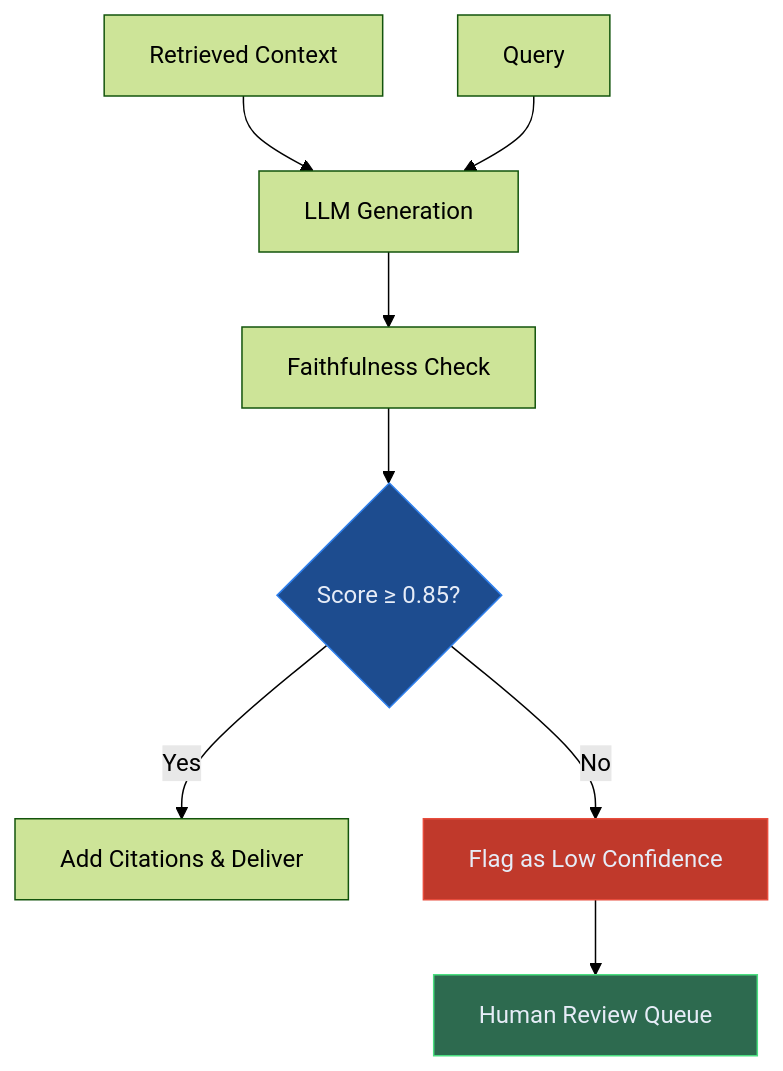
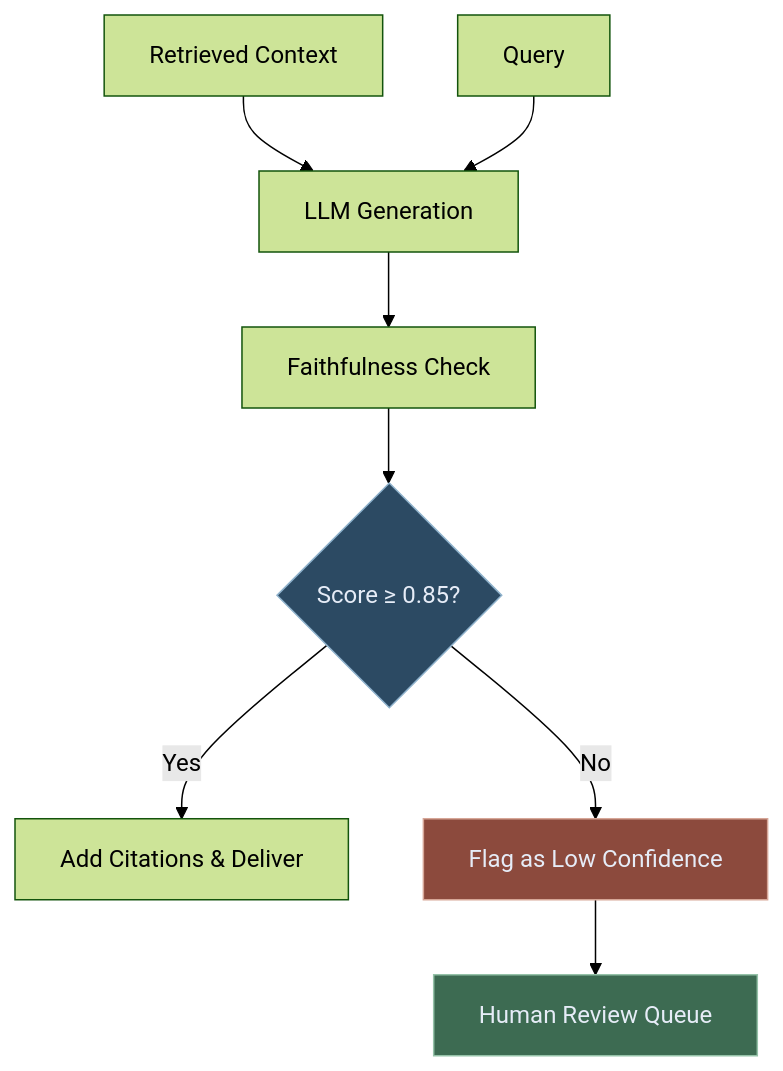
Before and after one commit to lorvexai/lorvexai: the sixth of 6 diagrams in blog/production-rag-beyond-the-basics.md, drawn with Mermaid (forest theme). The commit also changed other lines of this file and 16 other files, not shown here.

First line of the commit message:
Retune hardcoded Mermaid node colors to match the site palette

````diff
--- a/blog/production-rag-beyond-the-basics.md
+++ b/blog/production-rag-beyond-the-basics.md
@@ -190,14 +190,14 @@
 ```mermaid
 flowchart TD
     R[Retrieved Context] --> LLM[LLM Generation]
     Q[Query] --> LLM
     LLM --> FC[Faithfulness Check]
     FC --> SC{Score ≥ 0.85?}
     SC -->|Yes| CI[Add Citations & Deliver]
     SC -->|No| FL[Flag as Low Confidence]
     FL --> HR[Human Review Queue]
 
-    style SC fill:#1D4C8F,stroke:#2F80ED,color:#E6ECF7
-    style FL fill:#C0392B,stroke:#e74c3c,color:#E6ECF7
-    style HR fill:#2D6A4F,stroke:#4ade80,color:#E6ECF7
+    style SC fill:#2C4A63,stroke:#8FB2CC,color:#E6ECF7
+    style FL fill:#8C4A3D,stroke:#D6A697,color:#E6ECF7
+    style HR fill:#3D6B52,stroke:#95C2A8,color:#E6ECF7
 ```
````
